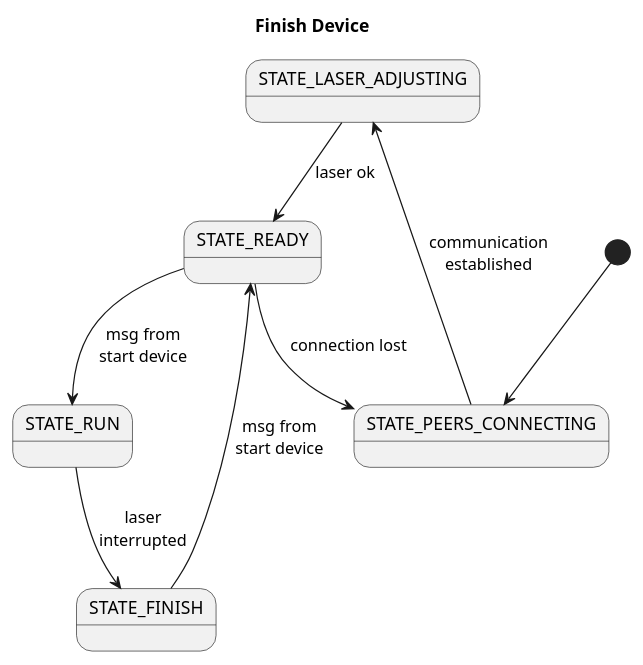
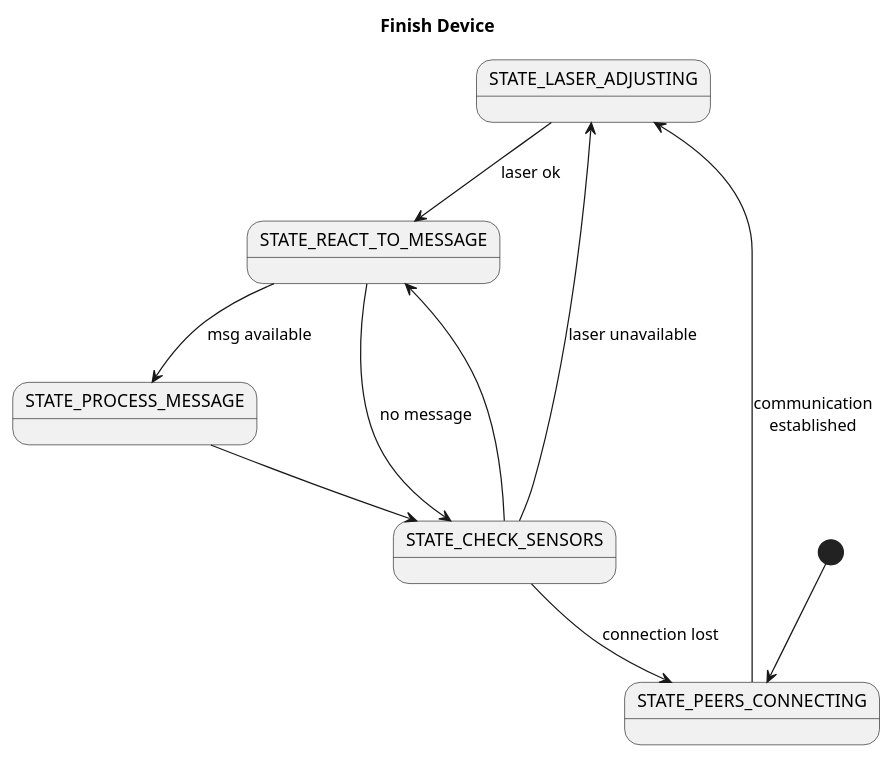
Before and after one commit to bardolf/fatrug: the diagram in doc/uml/state_diagram_finish.plantuml, drawn with PlantUML. The commit also changed 4 other files, not shown here.

```diff
--- a/doc/uml/state_diagram_finish.plantuml
+++ b/doc/uml/state_diagram_finish.plantuml
@@ -1,20 +1,21 @@
 @startuml
 
 title Finish Device
 
 state "STATE_LASER_ADJUSTING" as laser
 state "STATE_PEERS_CONNECTING" as connection
-state "STATE_READY" as ready
-state "STATE_RUN" as run
-state "STATE_FINISH" as finish
+state "STATE_REACT_TO_MESSAGE" as react
+state "STATE_PROCESS_MESSAGE" as process
+state "STATE_CHECK_SENSORS" as check
 
 [*] --> connection
 connection --> laser : communication\nestablished
-laser --> ready : laser ok
-ready --> run : msg from\nstart device
-ready --> connection : connection lost
-run --> finish : laser\ninterrupted
-finish --> ready : msg from\nstart device
-
+laser --> react : laser ok
+react --> process : msg available
+process --> check
+react --> check : no message
+check --> react
+check --> laser : laser unavailable
+check --> connection : connection lost
 
 @enduml
```
